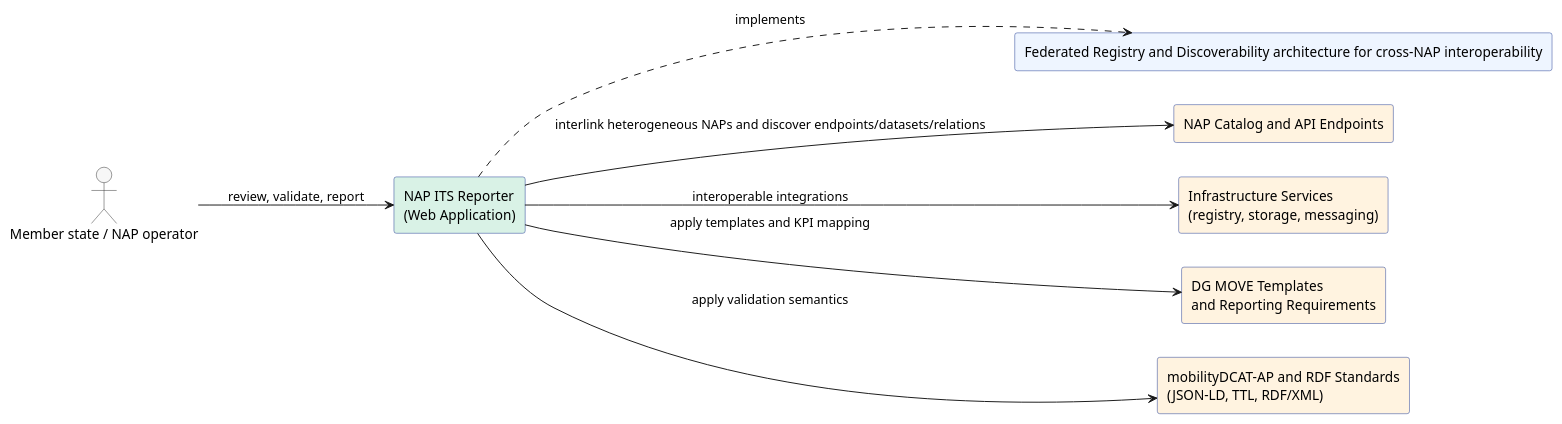
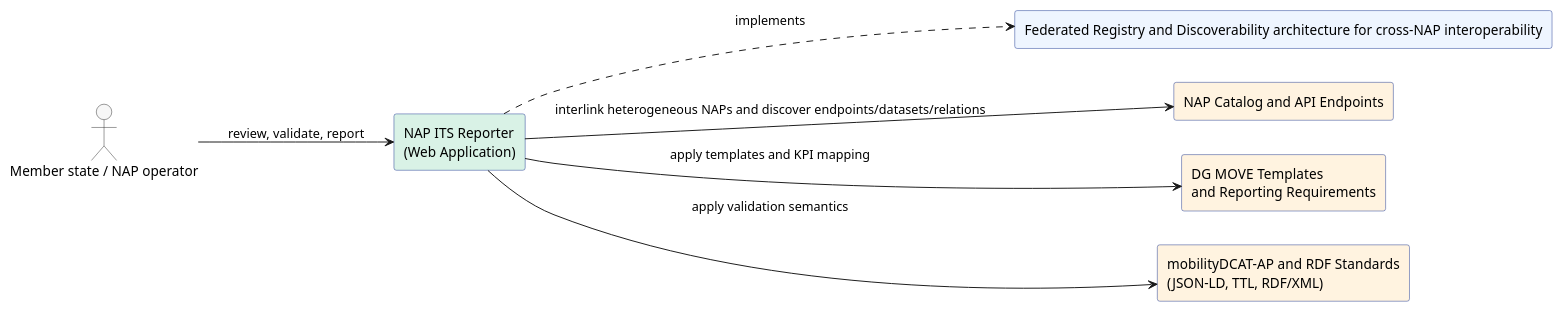
One commit to UM-KGPI/Napcore-ITS-Reporting changed the diagram in docs/architecture/puml/system-context.puml. Above: the diagram before and after it, drawn with PlantUML. The commit also changed 13 other files, not shown here.

Commit message:
docs: refine container diagrams and add DOT layouts (#1)

```diff
--- a/docs/architecture/puml/system-context.puml
+++ b/docs/architecture/puml/system-context.puml
@@ -1,34 +1,32 @@
 @startuml
 ' System Context (Level 1)
 skinparam shadowing false
 skinparam componentStyle rectangle
 skinparam packageStyle rectangle
 left to right direction
 
 skinparam rectangle {
   BackgroundColor #eef5ff
   BorderColor #1f3a93
 }
 skinparam actor {
   BackgroundColor #f7f7f7
   BorderColor #333333
 }
 
 actor "Member state / NAP operator" as U
 
 rectangle "NAP ITS Reporter\n(Web Application)" as APP #d9f2e6
 rectangle "Federated Registry and Discoverability architecture for cross-NAP interoperability" as PATTERN #eef5ff
 
 rectangle "NAP Catalog and API Endpoints" as NAP #fff3e0
-rectangle "Infrastructure Services\n(registry, storage, messaging)" as INFRA #fff3e0
 rectangle "DG MOVE Templates\nand Reporting Requirements" as DGMOVE #fff3e0
 rectangle "mobilityDCAT-AP and RDF Standards\n(JSON-LD, TTL, RDF/XML)" as STD #fff3e0
 
 U --> APP : review, validate, report
 APP ..> PATTERN : implements
 
 APP --> NAP : interlink heterogeneous NAPs and discover endpoints/datasets/relations
-APP --> INFRA : interoperable integrations
 APP --> DGMOVE : apply templates and KPI mapping
 APP --> STD : apply validation semantics
 @enduml
```
